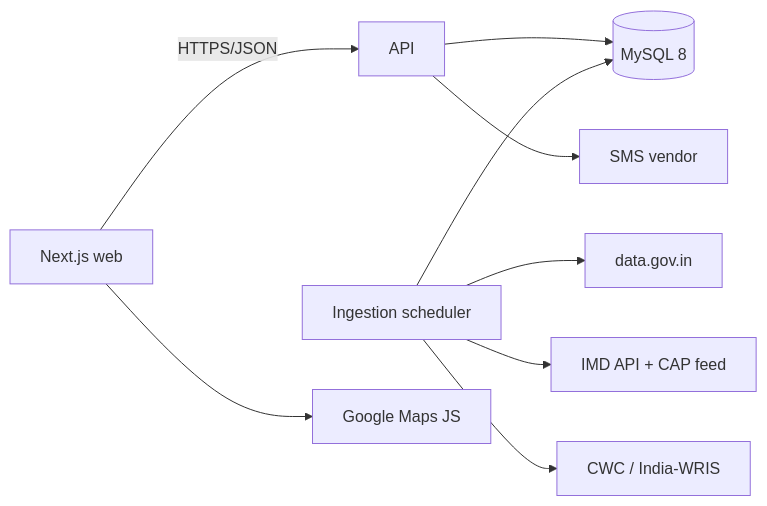
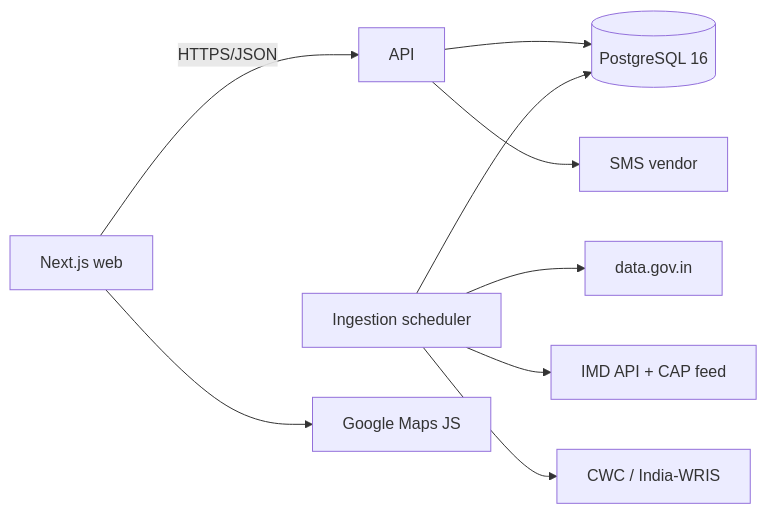
The second of 4 diagrams in project/overview.md (Prat05devs/pahadpulse), drawn with Mermaid before and after one commit. The commit also changed other lines of this file and 90 other files, not shown here.

````diff
--- a/project/overview.md
+++ b/project/overview.md
@@ -135,11 +135,11 @@
 ```mermaid
 flowchart LR
   Web[Next.js web] -->|HTTPS/JSON| API
-  API --> DB[(MySQL 8)]
+  API --> DB[(PostgreSQL 16)]
   Jobs[Ingestion scheduler] --> DB
   Jobs --> GOV[data.gov.in]
   Jobs --> IMD[IMD API + CAP feed]
   Jobs --> CWC[CWC / India-WRIS]
   API --> SMS[SMS vendor]
   Web --> GMAP[Google Maps JS]
 ```
````
